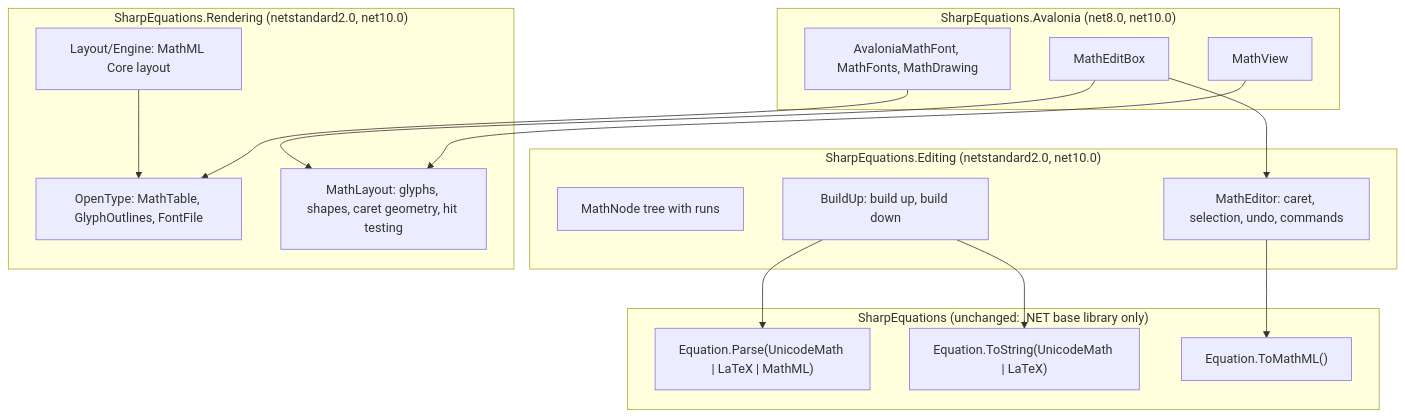
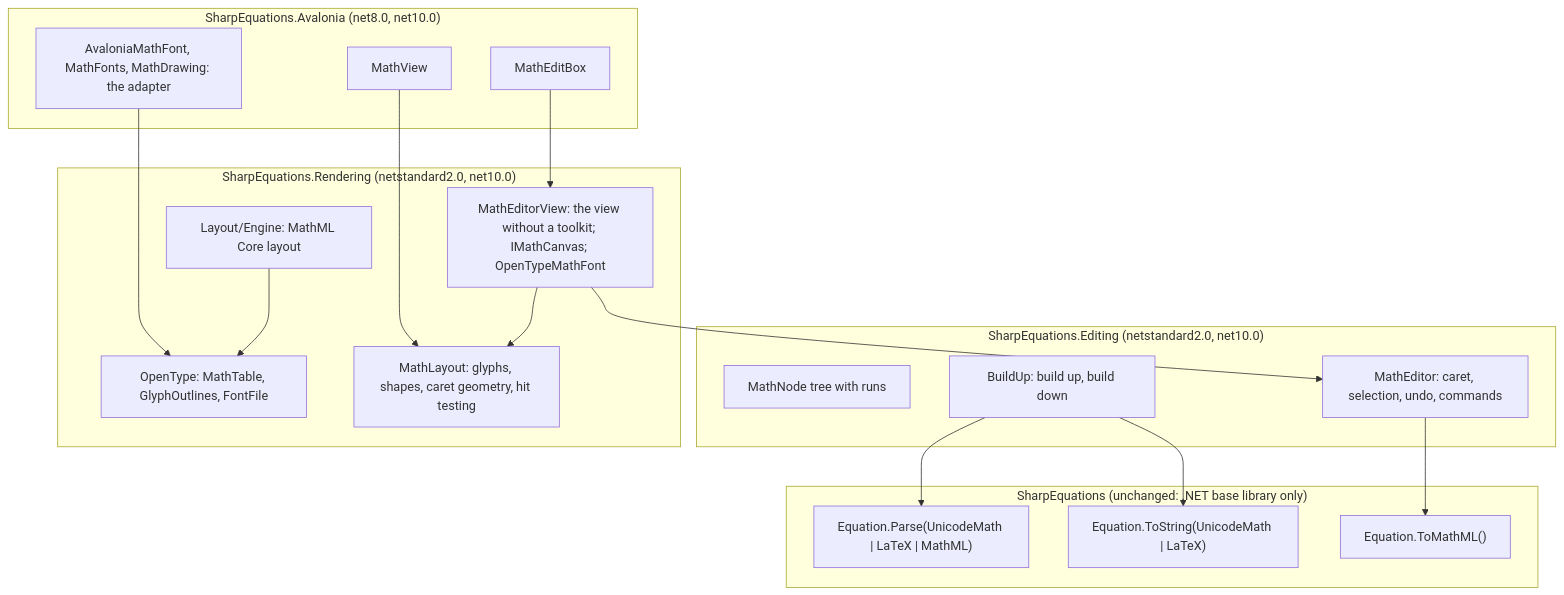
Before and after one commit to simonebortolin/SharpEquations: the diagram in docs/EDITOR.md, drawn with Mermaid. The commit also changed other lines of this file and 46 other files, not shown here.

First line of the commit message:
Editing: the mode of the quick bar chosen by MathEditor (#57)

````diff
--- a/docs/EDITOR.md
+++ b/docs/EDITOR.md
@@ -89,31 +91,33 @@
 ```mermaid
 flowchart TB
     subgraph Core["SharpEquations (unchanged: .NET base library only)"]
         P["Equation.Parse(UnicodeMath | LaTeX | MathML)"]
         W["Equation.ToString(UnicodeMath | LaTeX)"]
         X["Equation.ToMathML()"]
     end
     subgraph Editing["SharpEquations.Editing (netstandard2.0, net10.0)"]
         D["MathNode tree with runs"]
         C["MathEditor: caret, selection, undo, commands"]
         B["BuildUp: build up, build down"]
     end
     subgraph Rendering["SharpEquations.Rendering (netstandard2.0, net10.0)"]
         M["OpenType: MathTable, GlyphOutlines, FontFile"]
         L["Layout/Engine: MathML Core layout"]
         H["MathLayout: glyphs, shapes, caret geometry, hit testing"]
+        R["MathEditorView: the view without a toolkit; IMathCanvas; OpenTypeMathFont"]
     end
     subgraph Avalonia["SharpEquations.Avalonia (net8.0, net10.0)"]
         E["MathEditBox"]
         V["MathView"]
-        F["AvaloniaMathFont, MathFonts, MathDrawing"]
+        F["AvaloniaMathFont, MathFonts, MathDrawing: the adapter"]
     end
     B --> P
     B --> W
     C --> X
-    E --> C
-    E --> H
+    E --> R
+    R --> C
+    R --> H
     V --> H
     L --> M
     F --> M
 ```
````
